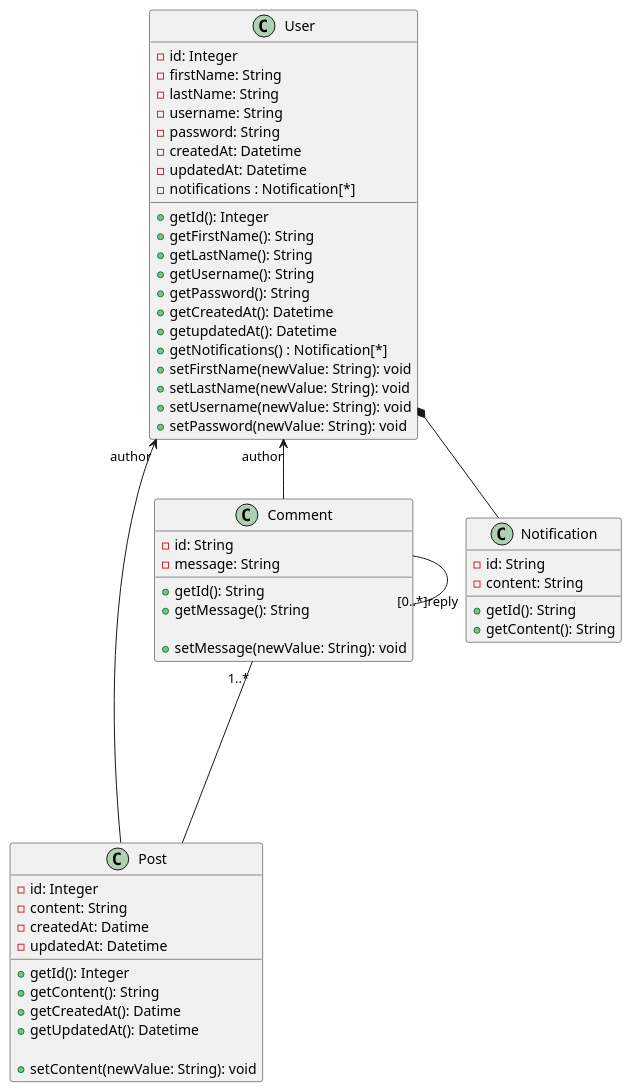
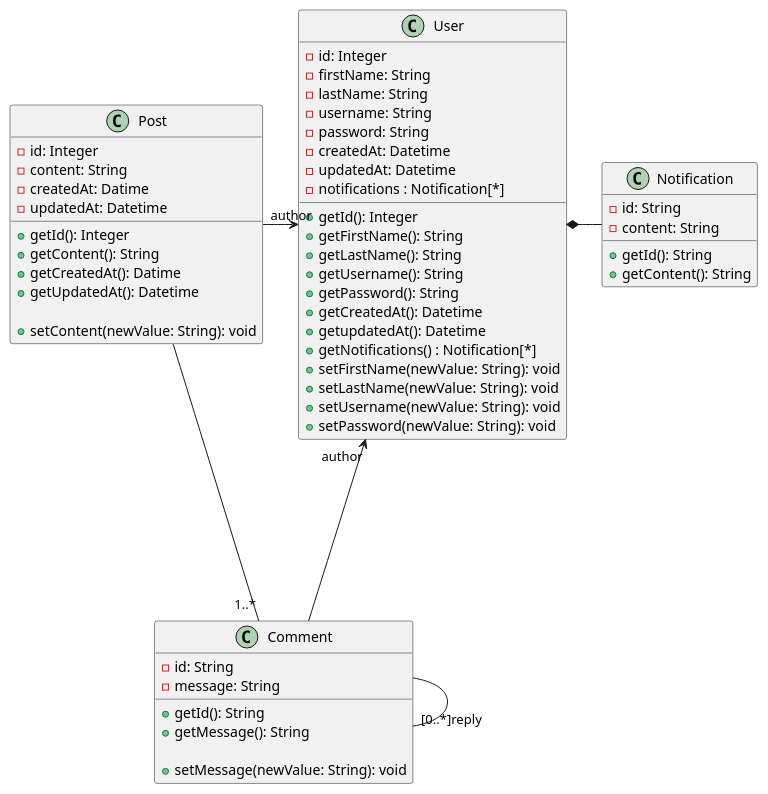
Before and after one commit to mdiallogn/developer-forum: the diagram in docs/class-diagram.puml, drawn with PlantUML. The commit also changed 2 other files, not shown here.

Commit message:
perform class diagram visibily

```diff
--- a/docs/class-diagram.puml
+++ b/docs/class-diagram.puml
@@ -1,67 +1,65 @@
 @startuml
-
 class User {
     - id: Integer
     - firstName: String
     - lastName: String
     - username: String
     - password: String
     - createdAt: Datetime
     - updatedAt: Datetime
     - notifications : Notification[*]
 
     + getId(): Integer
     + getFirstName(): String
     + getLastName(): String
     + getUsername(): String
     + getPassword(): String
     + getCreatedAt(): Datetime
     + getupdatedAt(): Datetime
     + getNotifications() : Notification[*]
     + setFirstName(newValue: String): void
     + setLastName(newValue: String): void
     + setUsername(newValue: String): void
     + setPassword(newValue: String): void
 
 }
 
 class Post {
     - id: Integer
     - content: String
     - createdAt: Datime
     - updatedAt: Datetime
 
     + getId(): Integer
     + getContent(): String
     + getCreatedAt(): Datime
     + getUpdatedAt(): Datetime
 
     + setContent(newValue: String): void
 }
 
 class Comment {
     - id: String
     - message: String
 
     + getId(): String
     + getMessage(): String
 
     + setMessage(newValue: String): void
 }
 
 class Notification {
     - id: String
     - content: String
 
     + getId(): String
     + getContent(): String
 }
 
-User "author"<--  Post
+User "author"<-l-  Post
 User "author"<--  Comment
 Comment "1..*"---- Post
 Comment -- "[0..*]reply" Comment
 
-User *-- Notification
-
+User *-r- Notification
 @enduml
```
